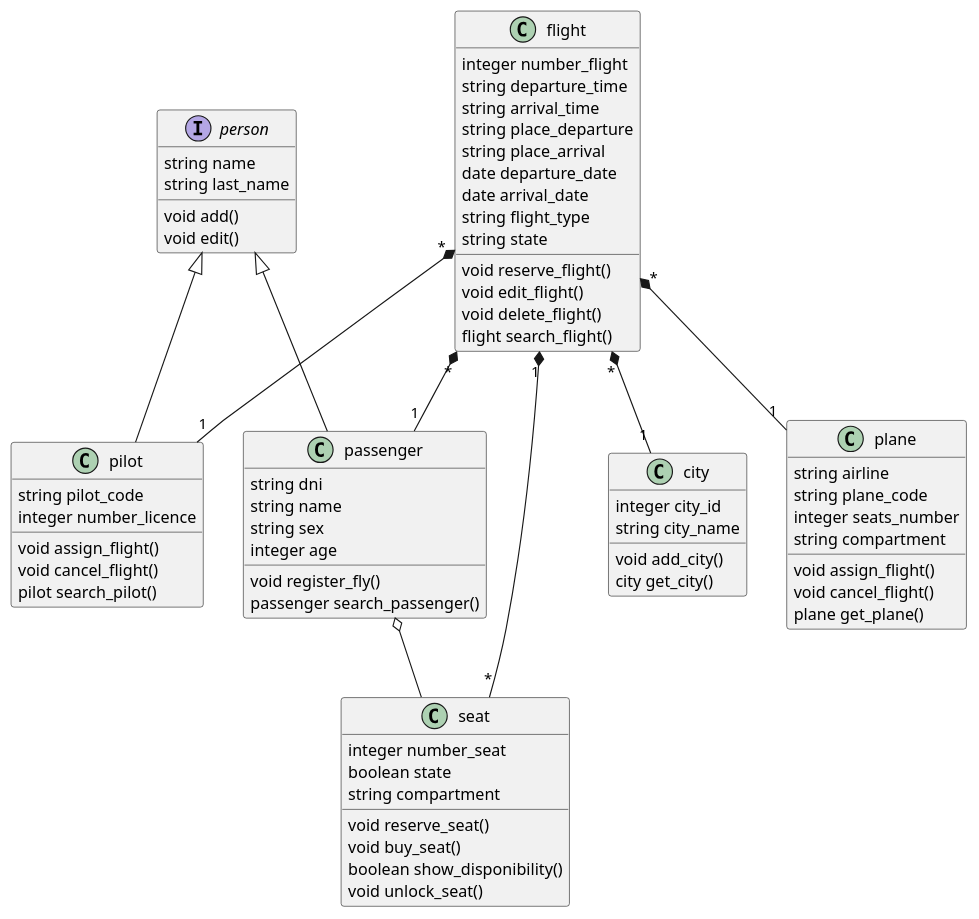
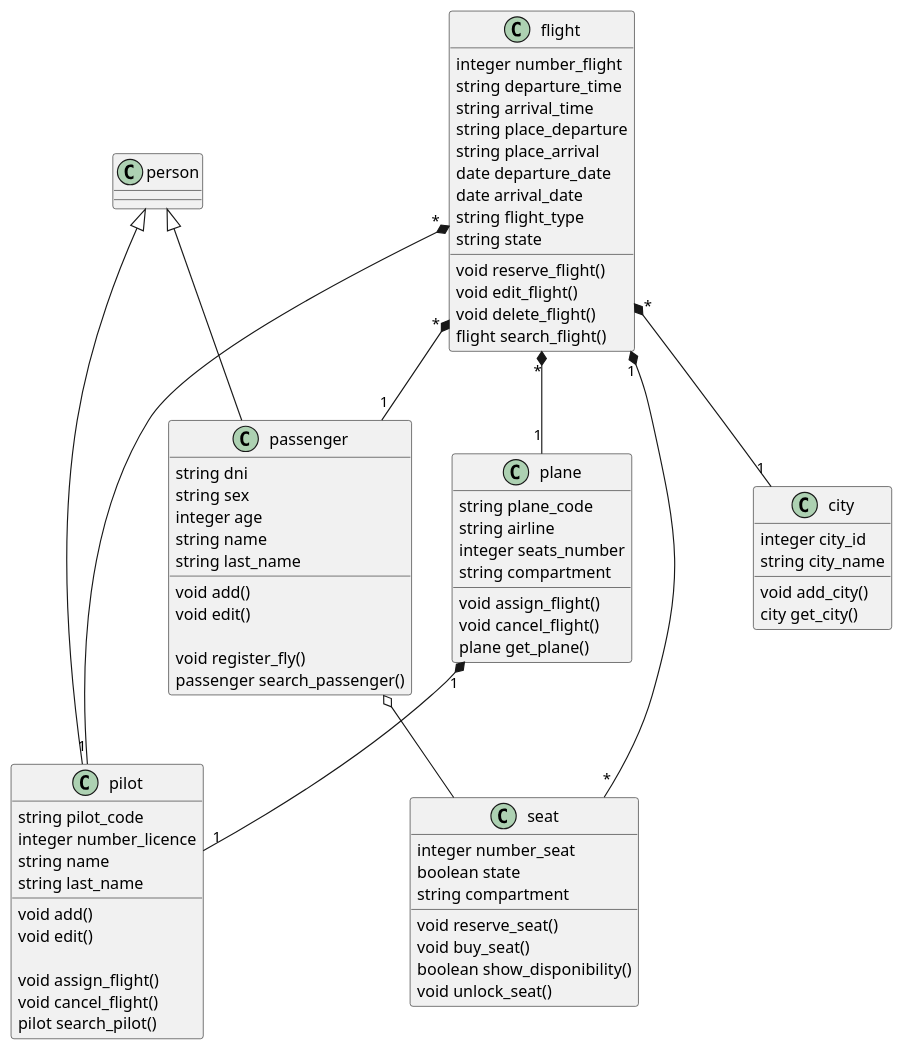
The diagram in Modelos 4+1/Diagrama de clases.pu (JordiValverde/proyecto_final), drawn with PlantUML before and after one commit. The commit also changed 15 other files, not shown here.

```diff
--- a/Modelos 4+1/Diagrama de clases.pu
+++ b/Modelos 4+1/Diagrama de clases.pu
@@ -1,87 +1,89 @@
 @startuml
 
-    interface person{
+    class passenger{
+        string dni
+        string sex
+        integer age
         string name
         string last_name
         
         void add()
         void edit()
-        
-    }
-    class passenger{
-        string dni
-        string name
-        string sex
-        integer age
         
         void register_fly()
         passenger search_passenger()
     }
     
     class pilot{
         string pilot_code
         integer number_licence
+        string name
+        string last_name
+        
+        void add()
+        void edit()
         
         void assign_flight()
         void cancel_flight()
         pilot search_pilot()
     }
     
     class plane{
+        string plane_code
         string airline
-        string plane_code
         integer seats_number
         string compartment
         
         void assign_flight()
         void cancel_flight()
         plane get_plane()
     }
     
     class flight{
         integer number_flight
         string departure_time
         string arrival_time
         string place_departure
         string place_arrival
         date departure_date
         date arrival_date
         string flight_type
         string state
         
         void reserve_flight()
         void edit_flight()
         void delete_flight()
         flight search_flight()
     }
     
     class seat{
         integer number_seat
         boolean state
         string compartment
         
         void reserve_seat()
         void buy_seat()
         boolean show_disponibility()
         void unlock_seat()
     }
     
     class city{
         integer city_id
         string city_name
         
         void add_city()
         city get_city()
     }
 
 
     person <|-- pilot
     person <|-- passenger
     flight "*" *-- "1" plane
     flight "*" *-- "1" passenger
     flight "*" *-- "1" pilot
     flight "*" *-- "1" city
     flight "1" *-- "*" seat
+    plane   "1" *-- "1" pilot
     passenger o-- seat
     
 @enduml
```
